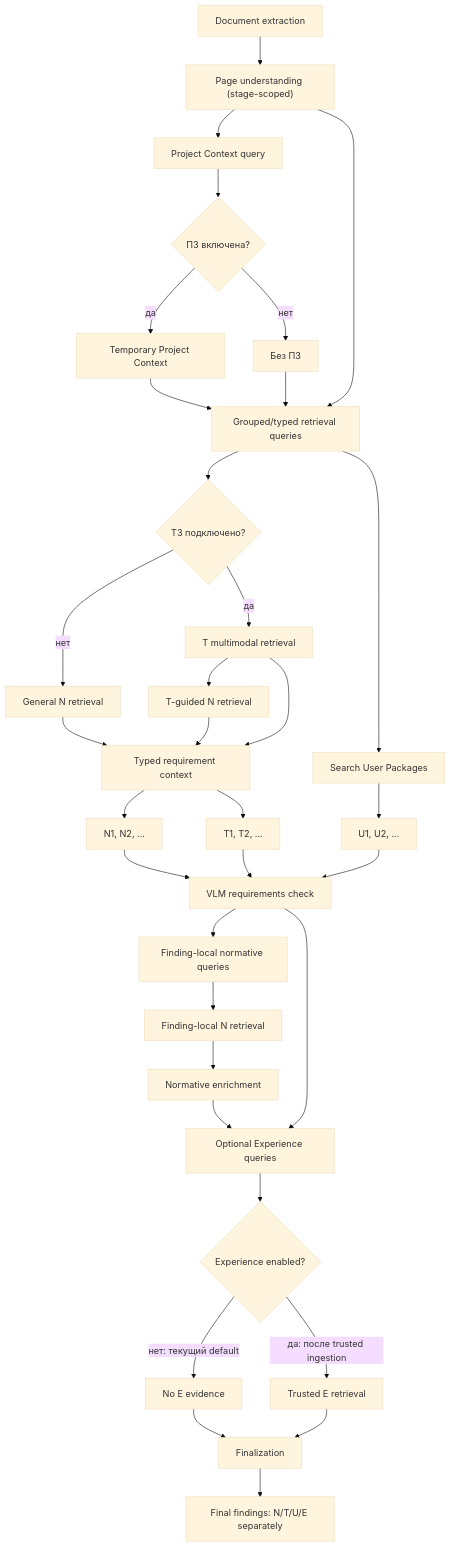
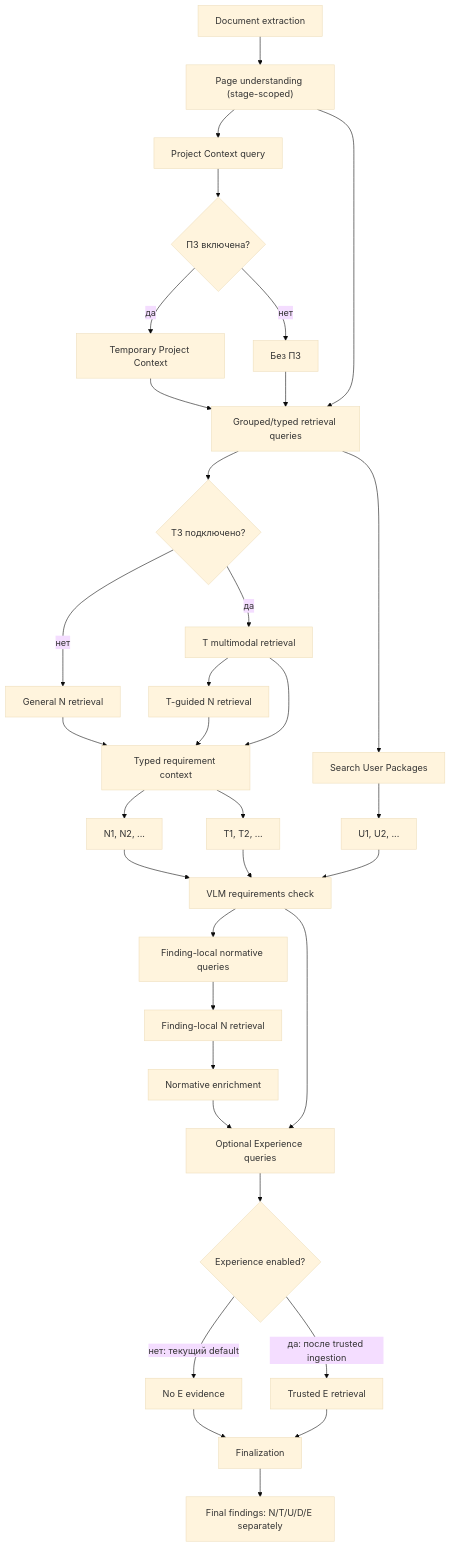
One commit to Amadu-A/PDRD-validation changed the fourth of 32 diagrams in README.md. Above: the diagram before and after it, drawn with Mermaid (base theme). The commit also changed other lines of this file and 72 other files, not shown here.

````diff
--- a/README.md
+++ b/README.md
@@ -239,36 +242,36 @@
 ```mermaid
 flowchart TD
     DOC["Document extraction"] --> FACTS["Page understanding (stage-scoped)"]
     FACTS --> PZQ["Project Context query"]
     PZQ --> PZ{"ПЗ включена?"}
     PZ -->|да| PZS["Temporary Project Context"]
     PZ -->|нет| EMPTY["Без ПЗ"]
     PZS --> Q["Grouped/typed retrieval queries"]
     EMPTY --> Q
     FACTS --> Q
     Q --> REQ{"ТЗ подключено?"}
     REQ -->|нет| NS["General N retrieval"]
     REQ -->|да| TS["T multimodal retrieval"]
     TS --> TN["T-guided N retrieval"]
     TN --> MERGE["Typed requirement context"]
     NS --> MERGE
     TS --> MERGE
     Q --> US["Search User Packages"]
     MERGE --> NCTX["N1, N2, ..."]
     MERGE --> TCTX["T1, T2, ..."]
     US --> UCTX["U1, U2, ..."]
     NCTX --> CHECK["VLM requirements check"]
     TCTX --> CHECK
     UCTX --> CHECK
     CHECK --> FQ["Finding-local normative queries"]
     FQ --> FN["Finding-local N retrieval"]
     FN --> FINALCTX["Normative enrichment"]
     CHECK --> EQ["Optional Experience queries"]
     FINALCTX --> EQ
     EQ --> ENABLED{"Experience enabled?"}
     ENABLED -->|нет: текущий default| EMPTY_E["No E evidence"]
     ENABLED -->|да: после trusted ingestion| ES["Trusted E retrieval"]
     EMPTY_E --> FINAL["Finalization"]
     ES --> FINAL
-    FINAL --> RESULT["Final findings: N/T/U/E separately"]
+    FINAL --> RESULT["Final findings: N/T/U/D/E separately"]
 ```
````
